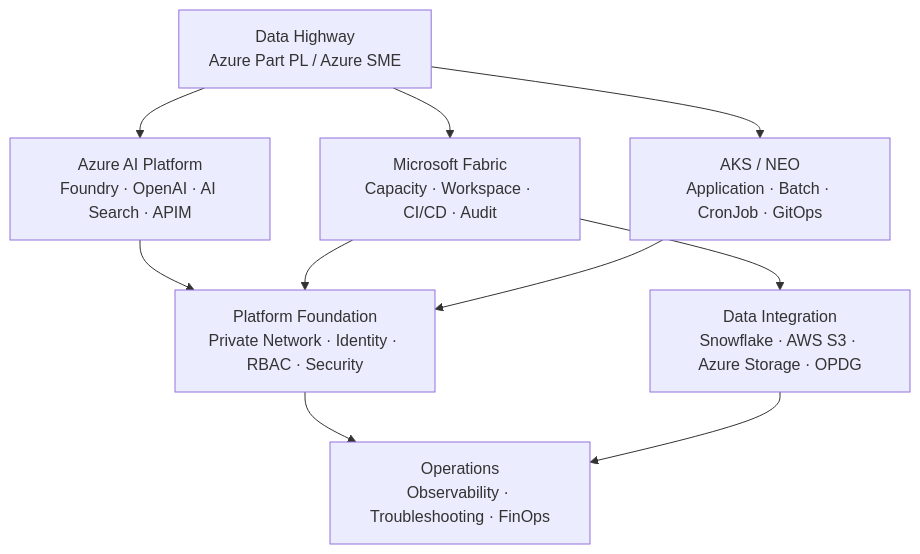
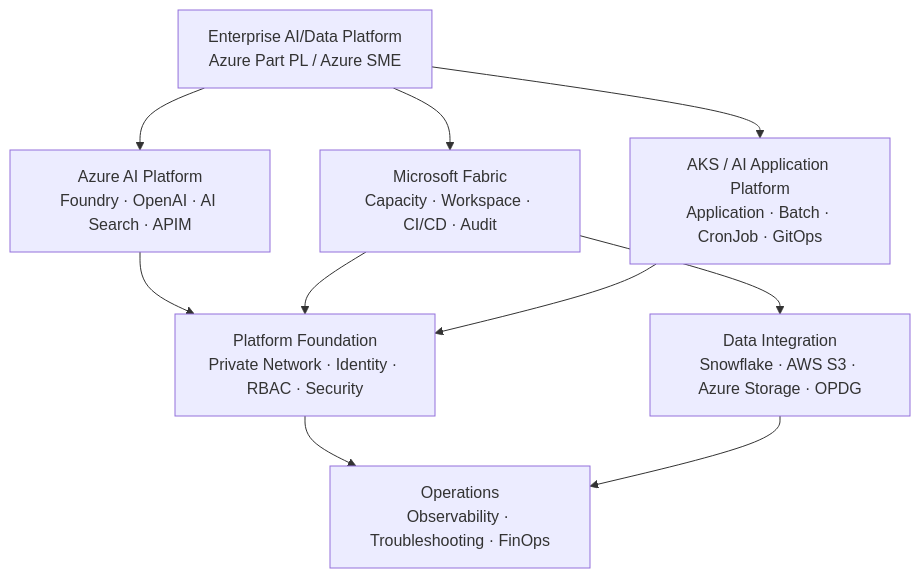
One commit to min-ser/min-ser.github.io changed the second of 3 diagrams in content/02_CAREER/2022-megazone.md. Above: the diagram before and after it, drawn with Mermaid. The commit also changed other lines of this file and 34 other files, not shown here.

````diff
--- a/content/02_CAREER/2022-megazone.md
+++ b/content/02_CAREER/2022-megazone.md
@@ -63,19 +63,19 @@
 ```mermaid
 flowchart TB
- PL[Data Highway<br/>Azure Part PL / Azure SME]
+ PL[Enterprise AI/Data Platform<br/>Azure Part PL / Azure SME]
  AI[Azure AI Platform<br/>Foundry · OpenAI · AI Search · APIM]
  FAB[Microsoft Fabric<br/>Capacity · Workspace · CI/CD · Audit]
- AKS[AKS / NEO<br/>Application · Batch · CronJob · GitOps]
+ AKS[AKS / AI Application Platform<br/>Application · Batch · CronJob · GitOps]
  NET[Platform Foundation<br/>Private Network · Identity · RBAC · Security]
  DATA[Data Integration<br/>Snowflake · AWS S3 · Azure Storage · OPDG]
  OPS[Operations<br/>Observability · Troubleshooting · FinOps]
  PL --> AI
  PL --> FAB
  PL --> AKS
  AI --> NET
  FAB --> NET
  AKS --> NET
  FAB --> DATA
  NET --> OPS
  DATA --> OPS
 ```
````
